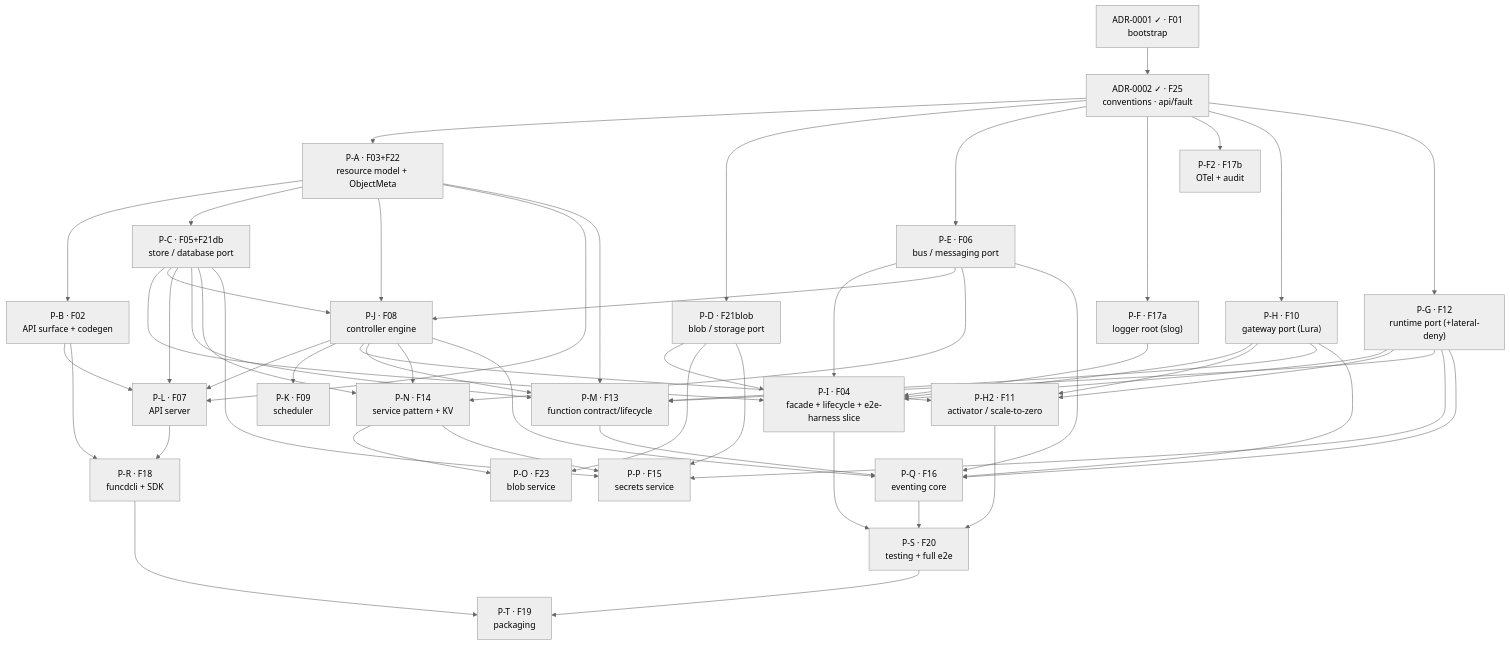
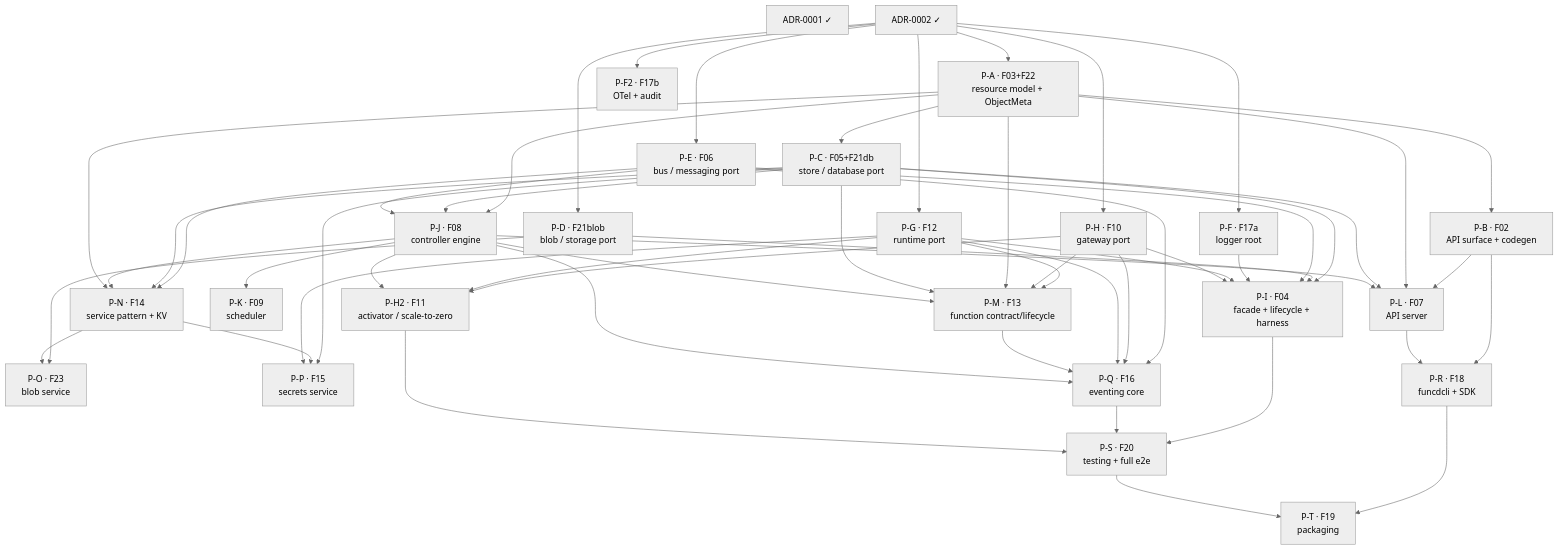
Before and after one commit to pyvvo/funcd: the diagram in docs/roadmap/v1-delivery-plan.md, drawn with Mermaid (neutral theme). The commit also changed other lines of this file and 2 other files, not shown here.

````diff
--- a/docs/roadmap/v1-delivery-plan.md
+++ b/docs/roadmap/v1-delivery-plan.md
@@ -82,47 +86,80 @@
 ```mermaid
 flowchart TB
-    A1["ADR-0001 ✓ · F01<br/>bootstrap"]
-    A2["ADR-0002 ✓ · F25<br/>conventions · api/fault"]
-    A3["P-A · F03+F22<br/>resource model + ObjectMeta"]
-    A4["P-B · F02<br/>API surface + codegen"]
-    A5["P-C · F05+F21db<br/>store / database port"]
-    A6["P-D · F21blob<br/>blob / storage port"]
-    A7["P-E · F06<br/>bus / messaging port"]
-    A12["P-F · F17a<br/>logger root (slog)"]
-    A12b["P-F2 · F17b<br/>OTel + audit"]
-    A14["P-G · F12<br/>runtime port (+lateral-deny)"]
-    A13["P-H · F10<br/>gateway port (Lura)"]
-    A13b["P-H2 · F11<br/>activator / scale-to-zero"]
-    A8["P-I · F04<br/>facade + lifecycle + e2e-harness slice"]
-    A9["P-J · F08<br/>controller engine"]
-    A11["P-K · F09<br/>scheduler"]
-    A10["P-L · F07<br/>API server"]
-    A15["P-M · F13<br/>function contract/lifecycle"]
-    A16["P-N · F14<br/>service pattern + KV"]
-    A17["P-O · F23<br/>blob service"]
-    A18["P-P · F15<br/>secrets service"]
-    A19["P-Q · F16<br/>eventing core"]
-    A20["P-R · F18<br/>funcdcli + SDK"]
-    A21["P-S · F20<br/>testing + full e2e"]
-    A22["P-T · F19<br/>packaging"]
+    ADR_0001["ADR-0001 ✓"]
+    ADR_0002["ADR-0002 ✓"]
+    P_A["P-A · F03+F22<br/>resource model + ObjectMeta"]
+    P_B["P-B · F02<br/>API surface + codegen"]
+    P_C["P-C · F05+F21db<br/>store / database port"]
+    P_D["P-D · F21blob<br/>blob / storage port"]
+    P_E["P-E · F06<br/>bus / messaging port"]
+    P_F["P-F · F17a<br/>logger root"]
+    P_F2["P-F2 · F17b<br/>OTel + audit"]
+    P_G["P-G · F12<br/>runtime port"]
+    P_H["P-H · F10<br/>gateway port"]
+    P_H2["P-H2 · F11<br/>activator / scale-to-zero"]
+    P_I["P-I · F04<br/>facade + lifecycle + harness"]
+    P_J["P-J · F08<br/>controller engine"]
+    P_K["P-K · F09<br/>scheduler"]
+    P_L["P-L · F07<br/>API server"]
+    P_M["P-M · F13<br/>function contract/lifecycle"]
+    P_N["P-N · F14<br/>service pattern + KV"]
+    P_O["P-O · F23<br/>blob service"]
+    P_P["P-P · F15<br/>secrets service"]
+    P_Q["P-Q · F16<br/>eventing core"]
+    P_R["P-R · F18<br/>funcdcli + SDK"]
+    P_S["P-S · F20<br/>testing + full e2e"]
+    P_T["P-T · F19<br/>packaging"]
 
-    A1 --> A2
-    A2 --> A3 & A6 & A7 & A12 & A12b & A13 & A14
-    A3 --> A4 & A5 & A9 & A10 & A15
-    A4 --> A10 & A20
-    A5 --> A8 & A9 & A10 & A15 & A16 & A18
-    A6 --> A8 & A17 & A18
-    A7 --> A8 & A9 & A16 & A19
-    A12 --> A8
-    A14 --> A8 & A13b & A15 & A18 & A19
-    A13 --> A8 & A13b & A15 & A19
-    A9 --> A10 & A11 & A13b & A15 & A16 & A19
-    A15 --> A19
-    A16 --> A17 & A18
-    A10 --> A20
-    A8 --> A21
-    A13b --> A21
-    A19 --> A21
-    A20 --> A22
-    A21 --> A22
+    ADR_0002 --> P_A
+    P_A --> P_B
+    P_A --> P_C
+    ADR_0002 --> P_D
+    ADR_0002 --> P_E
+    ADR_0002 --> P_F
+    ADR_0002 --> P_F2
+    ADR_0002 --> P_G
+    ADR_0002 --> P_H
+    P_H --> P_H2
+    P_G --> P_H2
+    P_J --> P_H2
+    P_C --> P_I
+    P_D --> P_I
+    P_E --> P_I
+    P_F --> P_I
+    P_G --> P_I
+    P_H --> P_I
+    P_A --> P_J
+    P_C --> P_J
+    P_E --> P_J
+    P_J --> P_K
+    P_B --> P_L
+    P_A --> P_L
+    P_C --> P_L
+    P_J --> P_L
+    P_G --> P_M
+    P_H --> P_M
+    P_A --> P_M
+    P_C --> P_M
+    P_J --> P_M
+    P_E --> P_N
+    P_C --> P_N
+    P_J --> P_N
+    P_A --> P_N
+    P_D --> P_O
+    P_N --> P_O
+    P_C --> P_P
+    P_N --> P_P
+    P_G --> P_P
+    P_E --> P_Q
+    P_H --> P_Q
+    P_G --> P_Q
+    P_M --> P_Q
+    P_J --> P_Q
+    P_B --> P_R
+    P_L --> P_R
+    P_I --> P_S
+    P_Q --> P_S
+    P_H2 --> P_S
+    P_R --> P_T
+    P_S --> P_T
 ```
````
